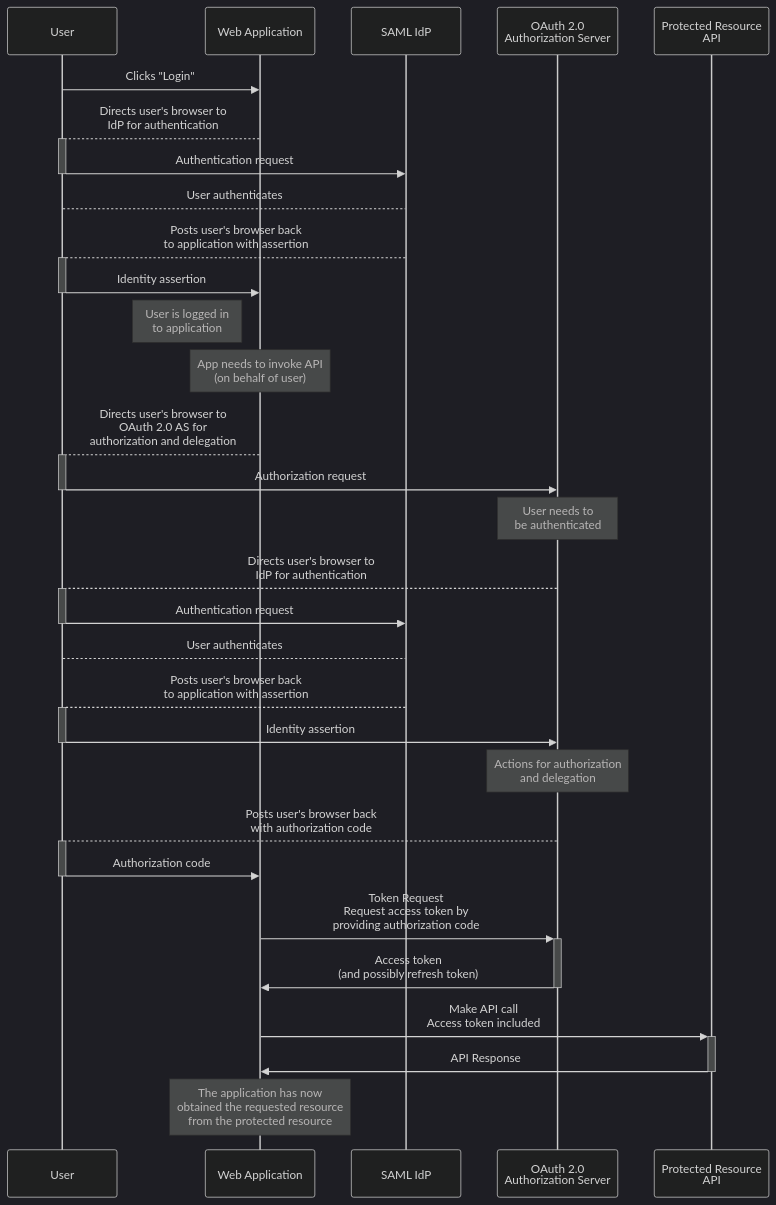
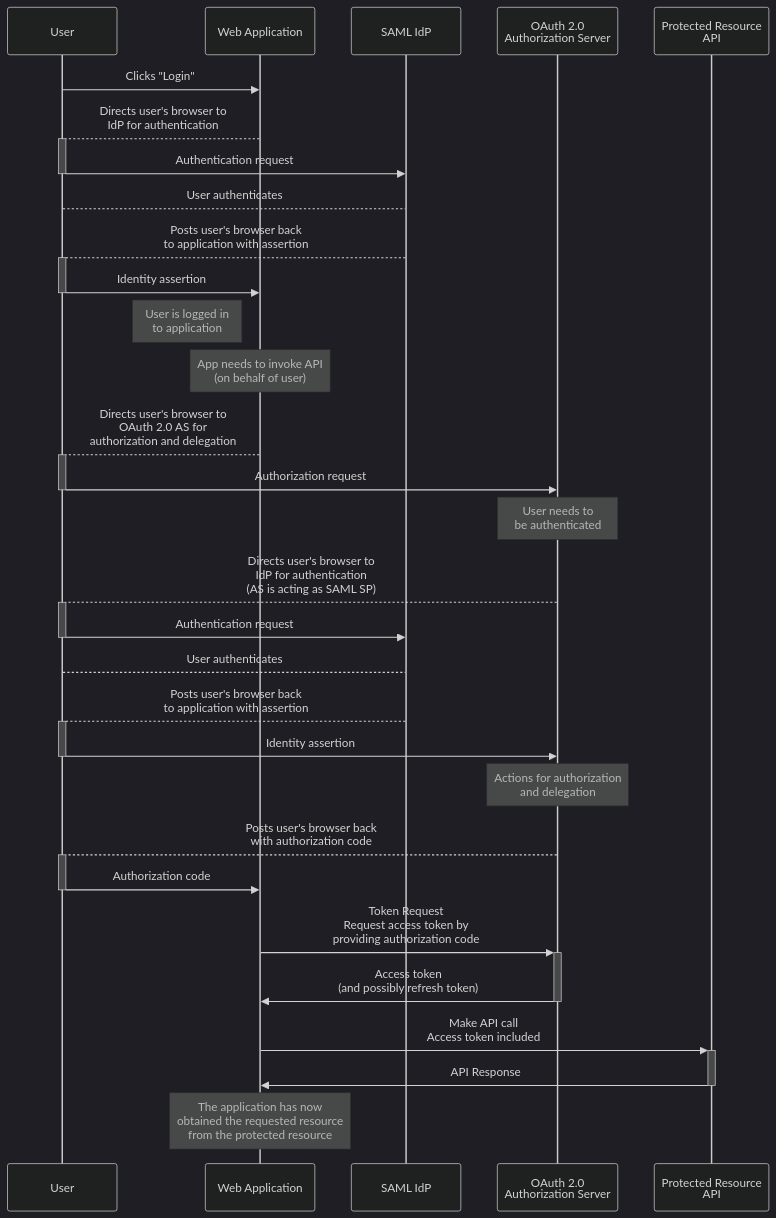
Before and after one commit to ena-infrastructure/specifications: the first of 3 diagrams in ena-oauth2-authn-bp.md, drawn with Mermaid (dark theme). The commit also changed other lines of this file, not shown here.

````diff
--- a/ena-oauth2-authn-bp.md
+++ b/ena-oauth2-authn-bp.md
@@ -91,36 +91,36 @@
 ```mermaid
 sequenceDiagram
 participant User as Användare
     participant User as User
     participant App as Web Application
     participant IdP as SAML IdP
     participant AS as OAuth 2.0<br />Authorization Server
     participant API as Protected Resource<br />API
 
     User->>App: Clicks "Login"
     App-->+User: Directs user's browser to<br />IdP for authentication
     User->>-IdP: Authentication request
     User-->IdP: User authenticates
     IdP-->+User: Posts user's browser back<br />to application with assertion
     User->>-App: Identity assertion
     Note left of App: User is logged in<br />to application
 
     Note over App: App needs to invoke API<br />(on behalf of user)
     App-->+User: Directs user's browser to<br />OAuth 2.0 AS for<br />authorization and delegation
     User->>-AS: Authorization request
     Note over AS: User needs to<br />be authenticated
-    AS-->+User: Directs user's browser to<br />IdP for authentication
+    AS-->+User: Directs user's browser to<br />IdP for authentication<br />(AS is acting as SAML SP)
     User->>-IdP: Authentication request
     User-->IdP: User authenticates
     IdP-->+User: Posts user's browser back<br />to application with assertion
     User->>-AS: Identity assertion
     Note over AS: Actions for authorization<br />and delegation
     AS-->+User: Posts user's browser back<br />with authorization code
     User->>-App: Authorization code
     App->>+AS: Token Request<br />Request access token by<br />providing authorization code
     AS->>-App: Access token<br />(and possibly refresh token)
 
     App->>+API: Make API call<br />Access token included
     API->>-App: API Response
     Note over App: The application has now<br />obtained the requested resource<br />from the protected resource
 ```
````
